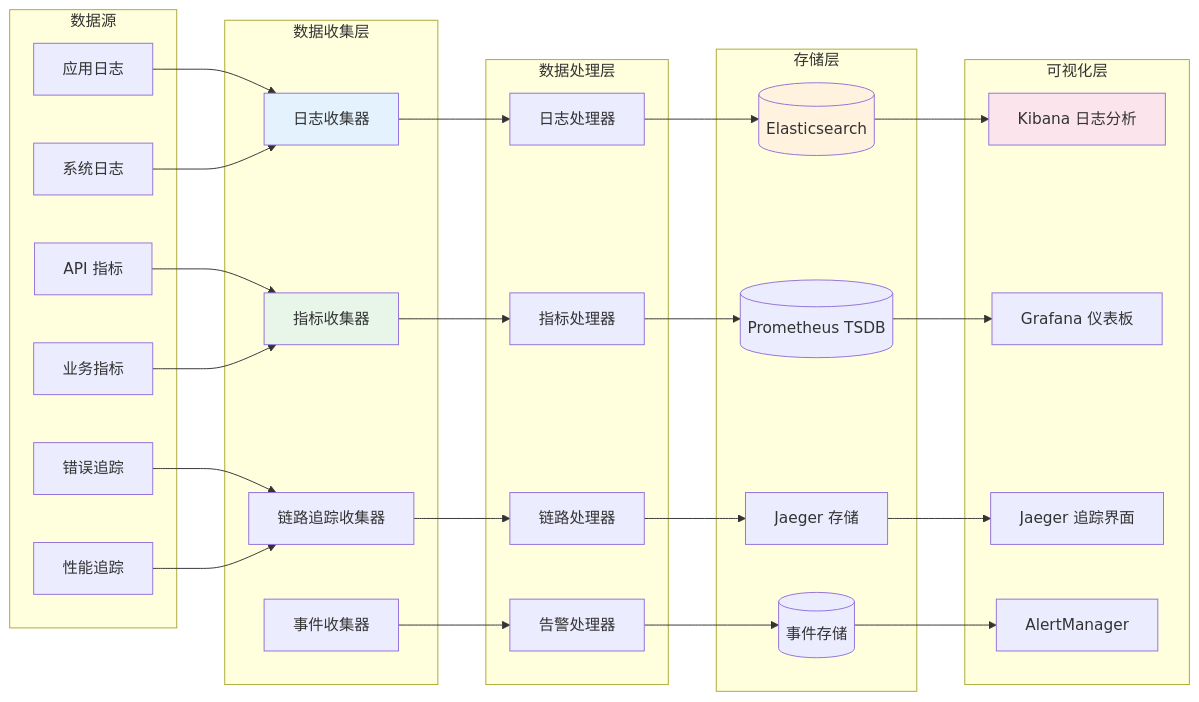
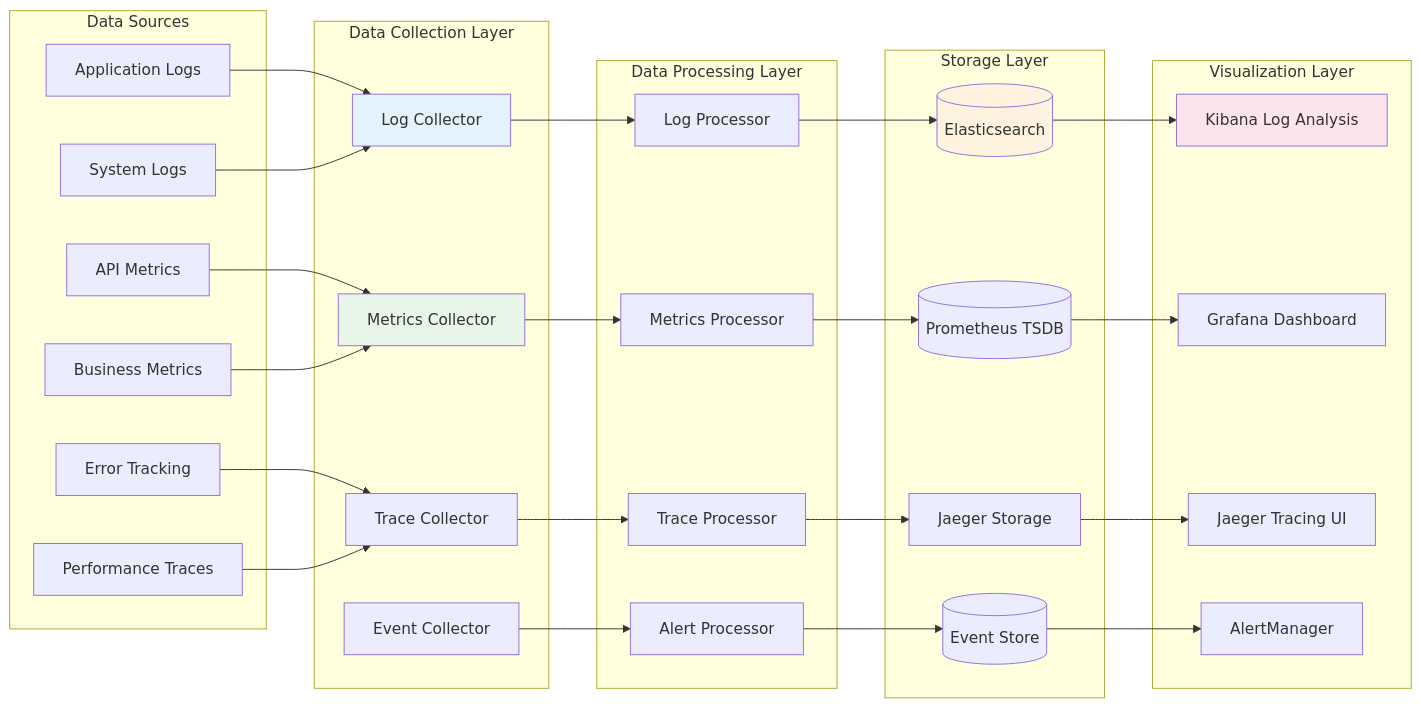
Before and after one commit to zcxGGmu/Astraeus: diagram 11 of 11 in README.md, drawn with Mermaid. The commit also changed other lines of this file, not shown here.

First line of the commit message:
docs: convert README architecture descriptions from Chinese to English

````diff
--- a/README.md
+++ b/README.md
@@ -1142,66 +1142,66 @@
 ```mermaid
 graph LR
-    subgraph "数据收集层"
-        LOG_COLLECTOR[日志收集器]
-        METRICS_COLLECTOR[指标收集器]
-        TRACE_COLLECTOR[链路追踪收集器]
-        EVENT_COLLECTOR[事件收集器]
+    subgraph "Data Collection Layer"
+        LOG_COLLECTOR[Log Collector]
+        METRICS_COLLECTOR[Metrics Collector]
+        TRACE_COLLECTOR[Trace Collector]
+        EVENT_COLLECTOR[Event Collector]
     end
 
-    subgraph "数据处理层"
-        LOG_PROCESSOR[日志处理器]
-        METRICS_PROCESSOR[指标处理器]
-        TRACE_PROCESSOR[链路处理器]
-        ALERT_PROCESSOR[告警处理器]
+    subgraph "Data Processing Layer"
+        LOG_PROCESSOR[Log Processor]
+        METRICS_PROCESSOR[Metrics Processor]
+        TRACE_PROCESSOR[Trace Processor]
+        ALERT_PROCESSOR[Alert Processor]
     end
 
-    subgraph "存储层"
+    subgraph "Storage Layer"
         ELASTICSEARCH[(Elasticsearch)]
         PROMETHEUS_DB[(Prometheus TSDB)]
-        JAEGER[Jaeger 存储]
-        EVENT_STORE[(事件存储)]
+        JAEGER[Jaeger Storage]
+        EVENT_STORE[(Event Store)]
     end
 
-    subgraph "可视化层"
-        KIBANA[Kibana 日志分析]
-        GRAFANA_DASH[Grafana 仪表板]
-        JAEGER_UI[Jaeger 追踪界面]
+    subgraph "Visualization Layer"
+        KIBANA[Kibana Log Analysis]
+        GRAFANA_DASH[Grafana Dashboard]
+        JAEGER_UI[Jaeger Tracing UI]
         ALERT_MANAGER[AlertManager]
     end
 
-    subgraph "数据源"
-        APPLICATION_LOGS[应用日志]
-        SYSTEM_LOGS[系统日志]
-        API_METRICS[API 指标]
-        BUSINESS_METRICS[业务指标]
-        ERROR_TRACKING[错误追踪]
-        PERFORMANCE_TRACES[性能追踪]
+    subgraph "Data Sources"
+        APPLICATION_LOGS[Application Logs]
+        SYSTEM_LOGS[System Logs]
+        API_METRICS[API Metrics]
+        BUSINESS_METRICS[Business Metrics]
+        ERROR_TRACKING[Error Tracking]
+        PERFORMANCE_TRACES[Performance Traces]
     end
 
     APPLICATION_LOGS --> LOG_COLLECTOR
     SYSTEM_LOGS --> LOG_COLLECTOR
     API_METRICS --> METRICS_COLLECTOR
     BUSINESS_METRICS --> METRICS_COLLECTOR
     ERROR_TRACKING --> TRACE_COLLECTOR
     PERFORMANCE_TRACES --> TRACE_COLLECTOR
 
     LOG_COLLECTOR --> LOG_PROCESSOR
     METRICS_COLLECTOR --> METRICS_PROCESSOR
     TRACE_COLLECTOR --> TRACE_PROCESSOR
     EVENT_COLLECTOR --> ALERT_PROCESSOR
 
     LOG_PROCESSOR --> ELASTICSEARCH
     METRICS_PROCESSOR --> PROMETHEUS_DB
     TRACE_PROCESSOR --> JAEGER
     ALERT_PROCESSOR --> EVENT_STORE
 
     ELASTICSEARCH --> KIBANA
     PROMETHEUS_DB --> GRAFANA_DASH
     JAEGER --> JAEGER_UI
     EVENT_STORE --> ALERT_MANAGER
 
     style LOG_COLLECTOR fill:#e3f2fd
     style METRICS_COLLECTOR fill:#e8f5e9
     style ELASTICSEARCH fill:#fff3e0
     style KIBANA fill:#fce4ec
 ```
````
